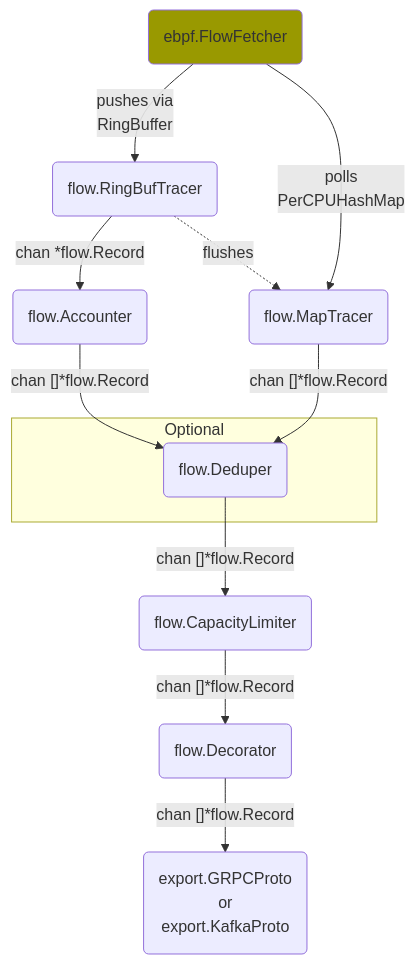
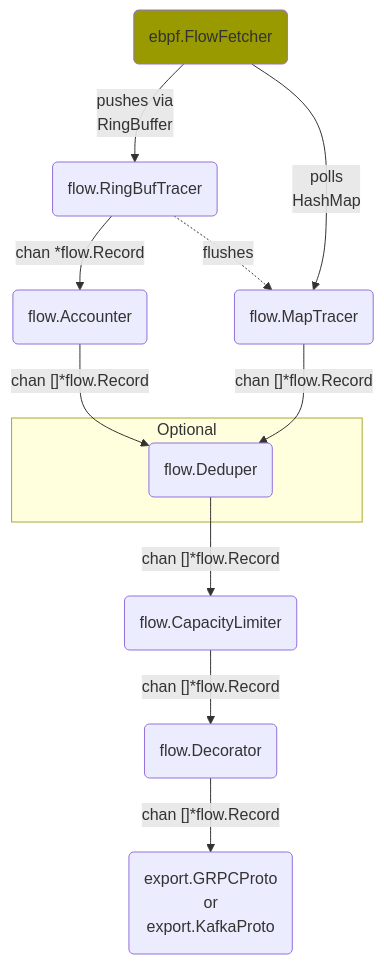
One commit to netobserv/netobserv-ebpf-agent changed the diagram in docs/architecture.md. Above: the diagram before and after it, drawn with Mermaid. The commit also changed 14 other files, not shown here.

Commit message:
change aggregation flow map to hashmap instead perCPU hashmap

````diff
--- a/docs/architecture.md
+++ b/docs/architecture.md
@@ -9,21 +9,21 @@
 ```mermaid
 flowchart TD
     E(ebpf.FlowFetcher) --> |"pushes via<br/>RingBuffer"| RB(flow.RingBufTracer)
     style E fill:#990
 
-    E --> |"polls<br/>PerCPUHashMap"| M(flow.MapTracer)
+    E --> |"polls<br/>HashMap"| M(flow.MapTracer)
     RB --> |chan *flow.Record| ACC(flow.Accounter)
     RB -.-> |flushes| M
     ACC --> |"chan []*flow.Record"| DD(flow.Deduper)
     M --> |"chan []*flow.Record"| DD
 
     subgraph Optional
         DD
     end
 
     DD --> |"chan []*flow.Record"| CL(flow.CapacityLimiter)
 
     CL --> |"chan []*flow.Record"| DC(flow.Decorator)
     
     DC --> |"chan []*flow.Record"| EX("export.GRPCProto<br/>or<br/>export.KafkaProto")
 ```
````
